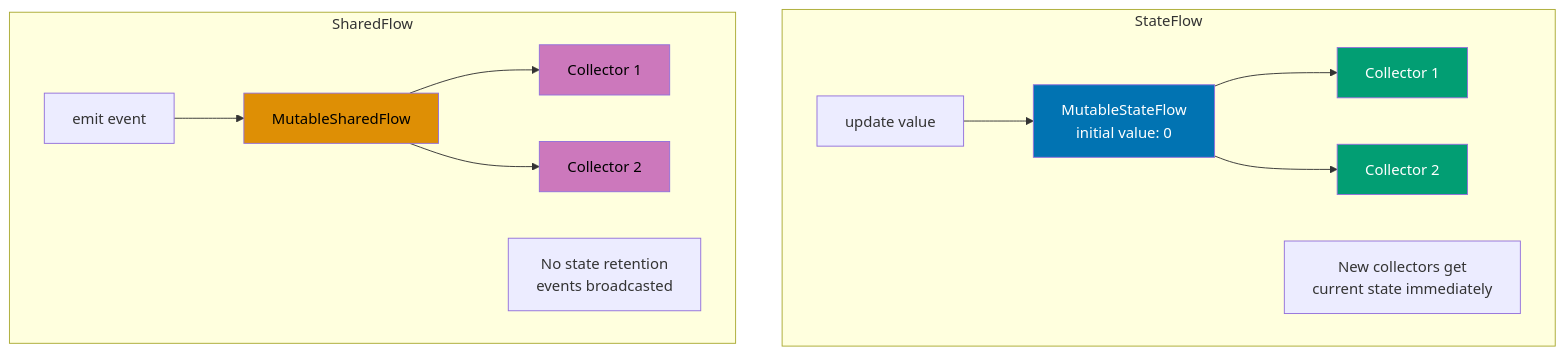
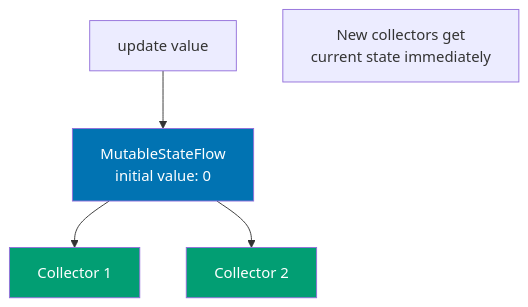
Before and after one commit to wahidyankf/open-sharia-enterprise: the ninth of 17 diagrams in apps/ayokoding-web/content/en/learn/software-engineering/programming-languages/kotlin/tutorials/by-example/intermediate.md, drawn with Mermaid. The commit also changed other lines of this file and 4 other files, not shown here.

````diff
--- a/apps/ayokoding-web/content/en/learn/software-engineering/programming-languages/kotlin/tutorials/by-example/intermediate.md
+++ b/apps/ayokoding-web/content/en/learn/software-engineering/programming-languages/kotlin/tutorials/by-example/intermediate.md
@@ -1584,24 +1116,12 @@
 ```mermaid
-%% StateFlow vs SharedFlow comparison showing hot stream behavior
+%% StateFlow holds state with initial value
 graph TD
-    subgraph StateFlow
-        SF1[MutableStateFlow<br/>initial value: 0] --> SFC1[Collector 1]
-        SF1 --> SFC2[Collector 2]
-        SFU[update value] --> SF1
-        Note1[New collectors get<br/>current state immediately]
-    end
-
-    subgraph SharedFlow
-        SHF1[MutableSharedFlow] --> SHFC1[Collector 1]
-        SHF1 --> SHFC2[Collector 2]
-        SHE[emit event] --> SHF1
-        Note2[No state retention<br/>events broadcasted]
-    end
+    SF1[MutableStateFlow<br/>initial value: 0] --> SFC1[Collector 1]
+    SF1 --> SFC2[Collector 2]
+    SFU[update value] --> SF1
+    Note1[New collectors get<br/>current state immediately]
 
     style SF1 fill:#0173B2,color:#fff
     style SFC1 fill:#029E73,color:#fff
     style SFC2 fill:#029E73,color:#fff
-    style SHF1 fill:#DE8F05,color:#000
-    style SHFC1 fill:#CC78BC,color:#000
-    style SHFC2 fill:#CC78BC,color:#000
 ```
````
